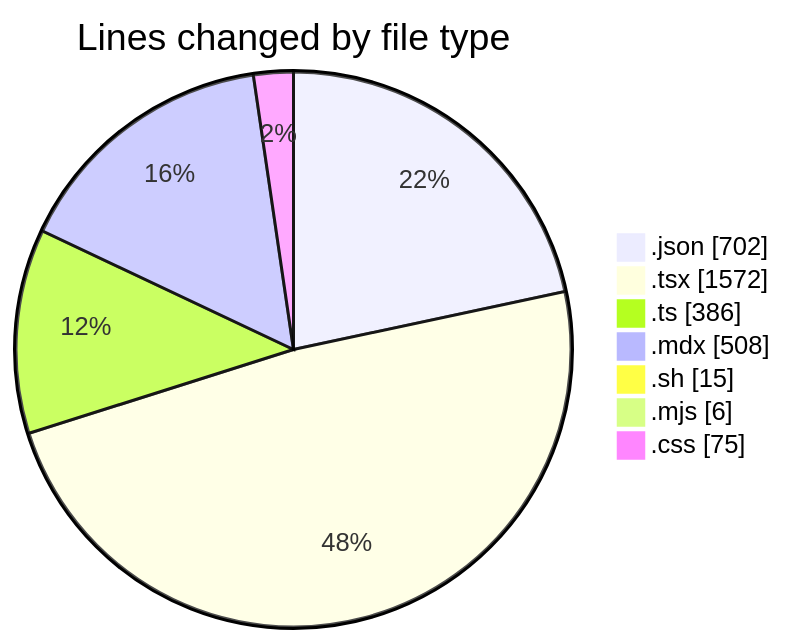
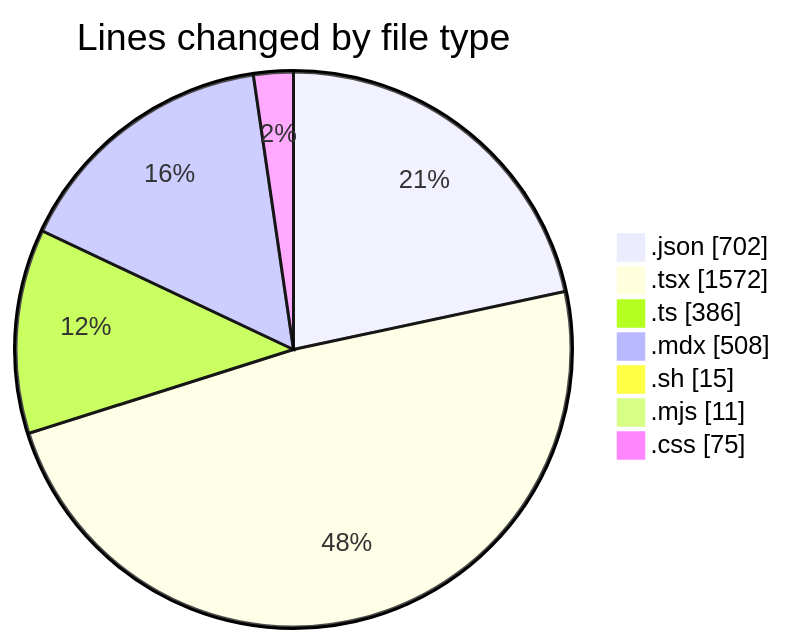
One commit to Elitesun/code-tracking changed the first of 2 diagrams in 2025-05-01/niten/README.md. Above: the diagram before and after it, drawn with Mermaid. The commit also changed other lines of this file and 1 other file, not shown here.

````diff
--- a/2025-05-01/niten/README.md
+++ b/2025-05-01/niten/README.md
@@ -57,11 +57,11 @@
 ```mermaid
 pie showData
 title Lines changed by file type
 ".json" : 702
 ".tsx" : 1572
 ".ts" : 386
 ".mdx" : 508
 ".sh" : 15
-".mjs" : 6
+".mjs" : 11
 ".css" : 75
 ```
````
